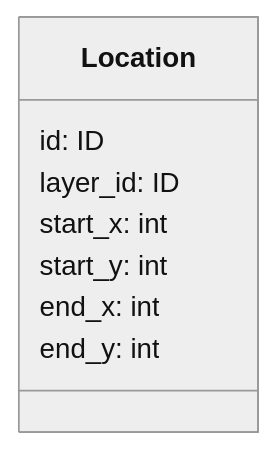
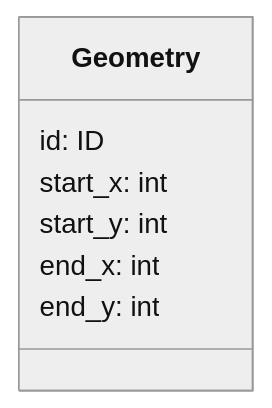
Before and after one commit to planrassadki/docs: the third of 6 diagrams in Readme.md, drawn with Mermaid (neutral theme). The commit also changed other lines of this file, not shown here.

Commit message:
use geometry and layer_id instead of location

````diff
--- a/Readme.md
+++ b/Readme.md
@@ -73,11 +77,10 @@
 ```mermaid
 classDiagram
-class Location {
+class Geometry {
 	id: ID
-	layer_id: ID
 	start_x: int
 	start_y: int
 	end_x: int
 	end_y: int
 }
 ```
````
